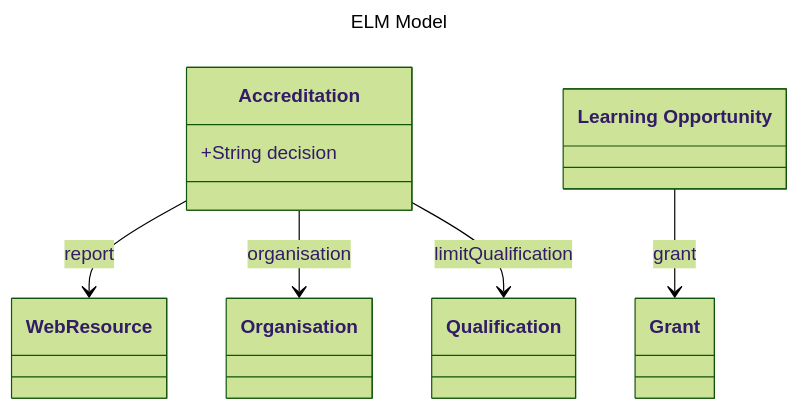
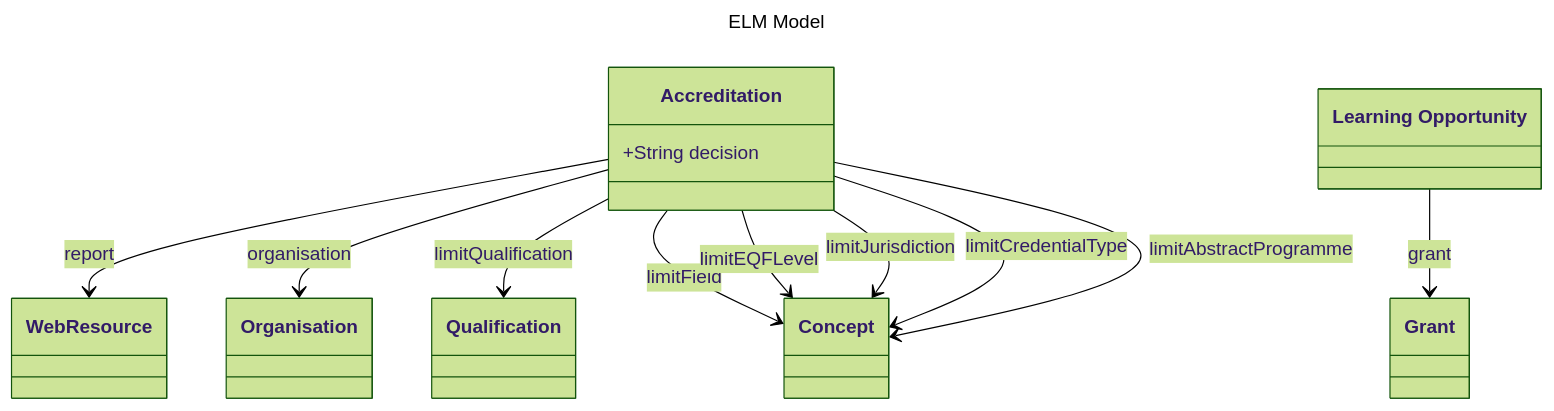
The diagram in elm_model.md (philbarker/ELM_Diag), drawn with Mermaid (forest theme) before and after one commit.

Commit message:
many links to concepts

````diff
--- a/elm_model.md
+++ b/elm_model.md
@@ -2,17 +2,23 @@
 ```mermaid
 ---
 title: ELM Model
 description: European Learning Model data model diagrammed using Mermaid.
 ---
 classDiagram
     class Accreditation["Accreditation"]{
         +String decision
     }
     Accreditation --> WebResource : report
     Accreditation --> Organisation : organisation
     Accreditation --> Qualification : limitQualification
+    Accreditation --> Concept : limitField
+    Accreditation --> Concept : limitEQFLevel
+    Accreditation --> Concept : limitJurisdiction
+    Accreditation --> Concept : limitCredentialType
+    Accreditation --> Concept : limitAbstractProgramme
+    
     class LearningOpportunity["Learning Opportunity"]
     LearningOpportunity --> Grant : grant
     class Qualification["Qualification"]
     class Grant["Grant"]
 ```
````
